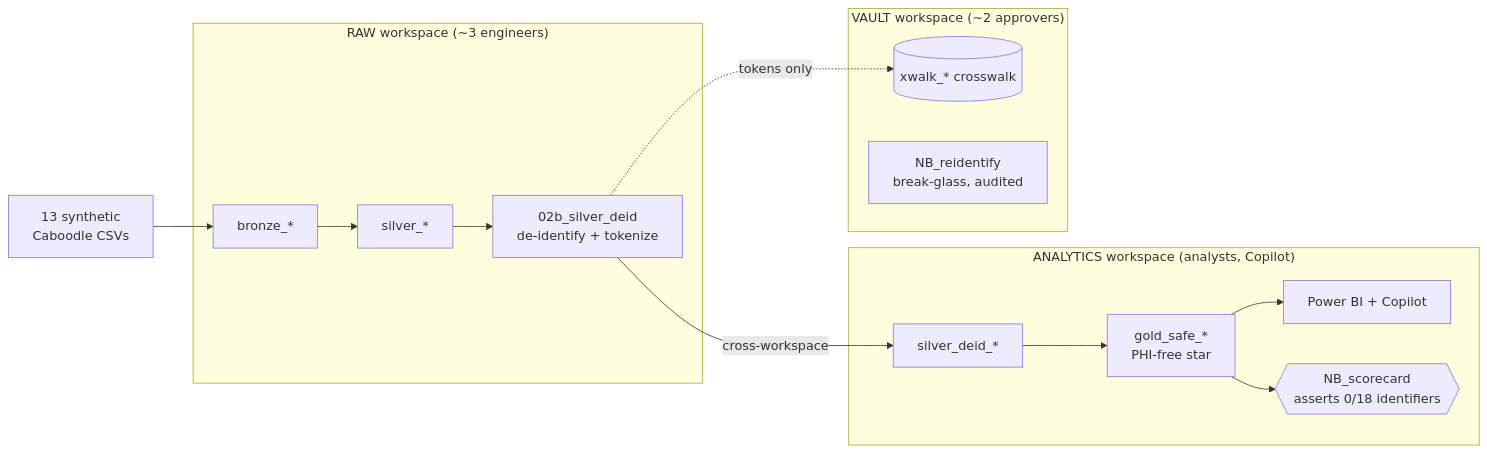
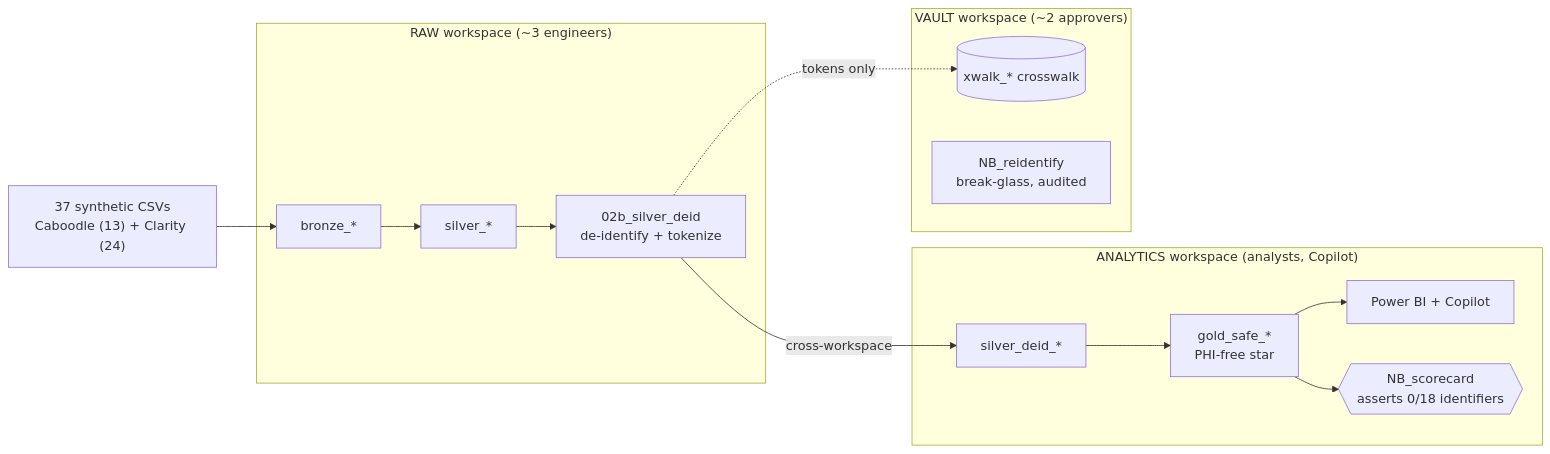
One commit to rasgiza/fabric-phi-deidentification-accelerator changed the diagram in README.md. Above: the diagram before and after it, drawn with Mermaid. The commit also changed other lines of this file and 36 other files, not shown here.

First line of the commit message:
feat: second EHR source schema (Epic Clarity) + launcher hardening

````diff
--- a/README.md
+++ b/README.md
@@ -48,20 +50,20 @@
 ```mermaid
 flowchart LR
-    CSV[13 synthetic<br/>Caboodle CSVs] --> B[bronze_*]
+    CSV["37 synthetic CSVs<br/>Caboodle (13) + Clarity (24)"] --> B[bronze_*]
     subgraph RAW["RAW workspace (~3 engineers)"]
         B --> S[silver_*]
         S --> D[02b_silver_deid<br/>de-identify + tokenize]
     end
     subgraph ANALYTICS["ANALYTICS workspace (analysts, Copilot)"]
         D -->|cross-workspace| SD[silver_deid_*]
         SD --> G[gold_safe_*<br/>PHI-free star]
         G --> BI[Power BI + Copilot]
         SC{{NB_scorecard<br/>asserts 0/18 identifiers}}
     end
     subgraph VAULT["VAULT workspace (~2 approvers)"]
         XW[(xwalk_* crosswalk)]
         RE[NB_reidentify<br/>break-glass, audited]
     end
     D -.->|tokens only| XW
     G --> SC
 ```
````
